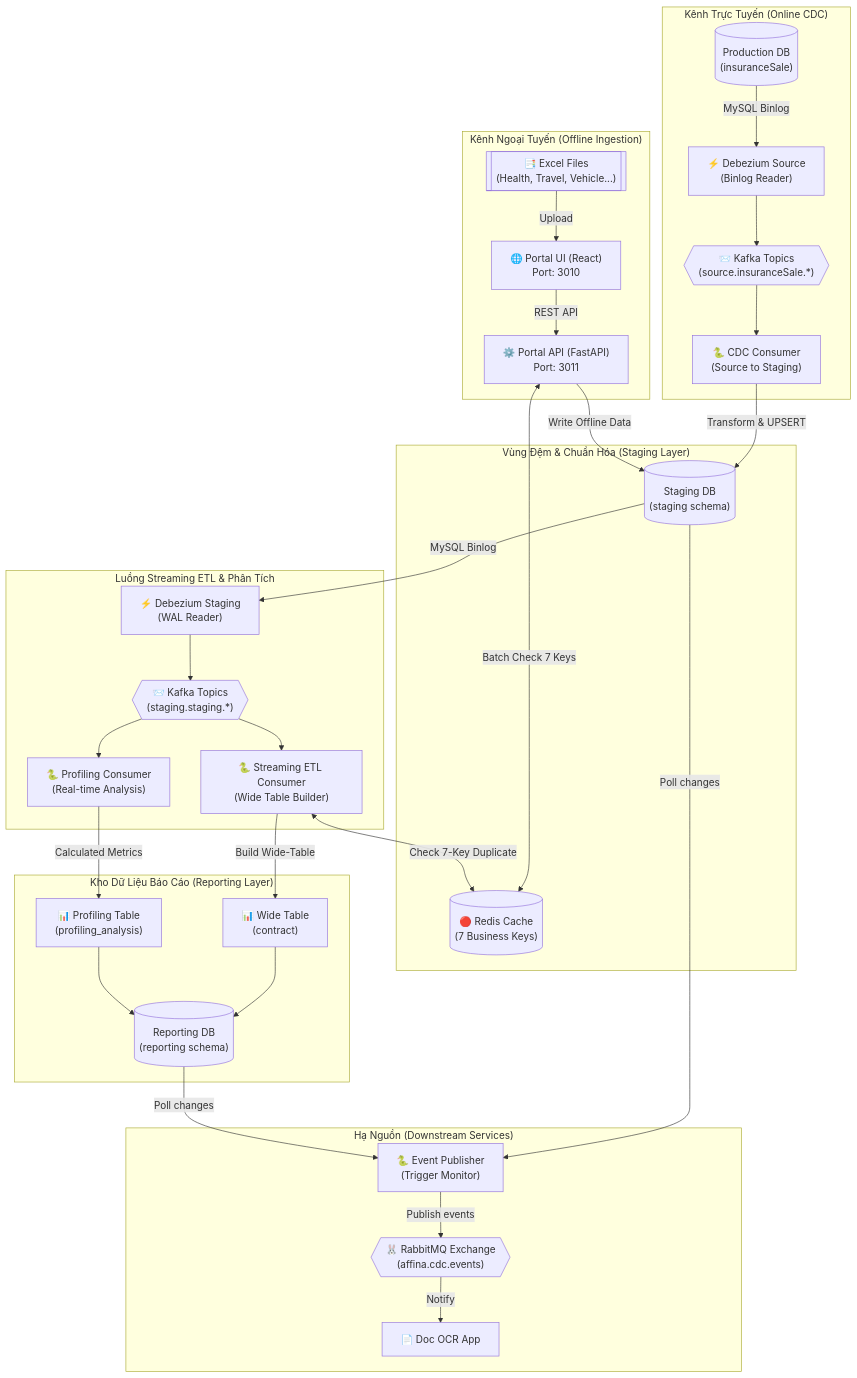
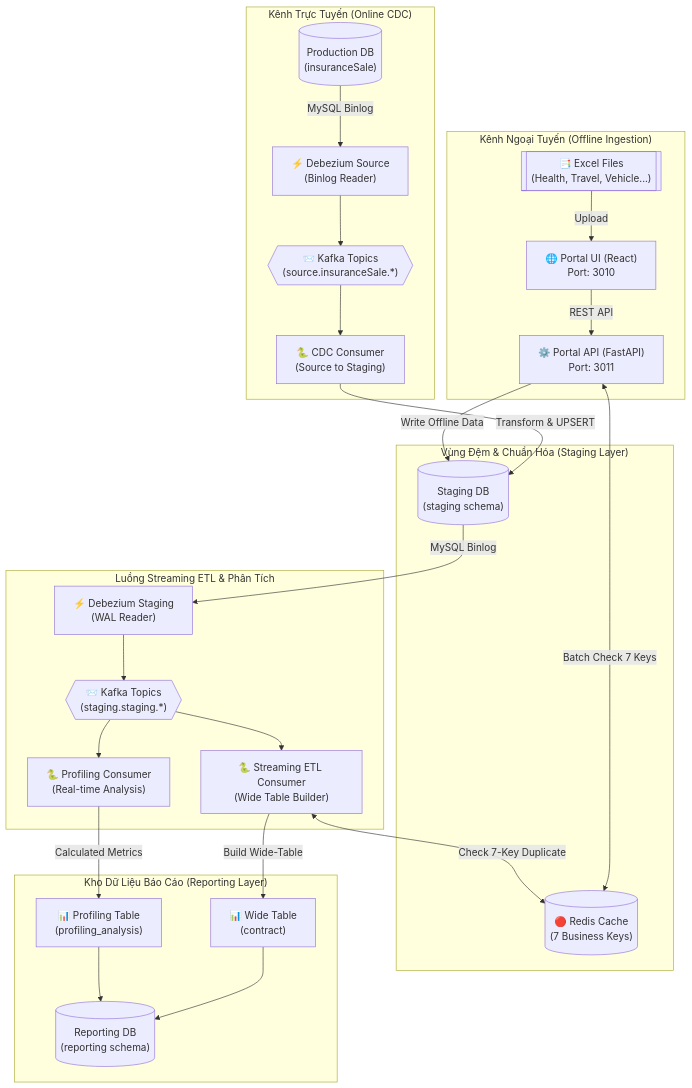
One commit to phatle224/hybrid-data-ingestion-streaming-platform changed the diagram in README.md. Above: the diagram before and after it, drawn with Mermaid. The commit also changed other lines of this file and 54 other files, not shown here.

````diff
--- a/README.md
+++ b/README.md
@@ -17,70 +17,59 @@
 ```mermaid
 flowchart TB
     subgraph "Kênh Trực Tuyến (Online CDC)"
         SRC_DB[("Production DB<br/>(insuranceSale)")]
         DBZ_SRC["⚡ Debezium Source<br/>(Binlog Reader)"]
         KF_SRC{{"📨 Kafka Topics<br/>(source.insuranceSale.*)"}}
         CDC_CONS["🐍 CDC Consumer<br/>(Source to Staging)"]
     end
 
     subgraph "Kênh Ngoại Tuyến (Offline Ingestion)"
         EXCEL[["📑 Excel Files<br/>(Health, Travel, Vehicle...)"]]
         PORTAL_FE["🌐 Portal UI (React)<br/>Port: 3010"]
         PORTAL_BE["⚙️ Portal API (FastAPI)<br/>Port: 3011"]
     end
 
     subgraph "Vùng Đệm & Chuẩn Hóa (Staging Layer)"
         STG_DB[("Staging DB<br/>(staging schema)")]
         REDIS_CACHE[("🔴 Redis Cache<br/>(7 Business Keys)")]
     end
 
     subgraph "Luồng Streaming ETL & Phân Tích"
         DBZ_STG["⚡ Debezium Staging<br/>(WAL Reader)"]
         KF_STG{{"📨 Kafka Topics<br/>(staging.staging.*)"}}
         ETL_CONS["🐍 Streaming ETL Consumer<br/>(Wide Table Builder)"]
         PROF_CONS["🐍 Profiling Consumer<br/>(Real-time Analysis)"]
     end
 
     subgraph "Kho Dữ Liệu Báo Cáo (Reporting Layer)"
         RPT_DB[("Reporting DB<br/>(reporting schema)")]
         WIDE_TAB["📊 Wide Table<br/>(contract)"]
         PROF_TAB["📊 Profiling Table<br/>(profiling_analysis)"]
     end
 
-    subgraph "Hạ Nguồn (Downstream Services)"
-        EVT_PUB["🐍 Event Publisher<br/>(Trigger Monitor)"]
-        RMQ{{"🐰 RabbitMQ Exchange<br/>(affina.cdc.events)"}}
-        OCR_APP["📄 Doc OCR App"]
-    end
-
     %% Kênh Online
     SRC_DB -->|MySQL Binlog| DBZ_SRC
     DBZ_SRC --> KF_SRC
     KF_SRC --> CDC_CONS
     CDC_CONS -->|Transform & UPSERT| STG_DB
 
     %% Kênh Offline
     EXCEL -->|Upload| PORTAL_FE
     PORTAL_FE -->|REST API| PORTAL_BE
     PORTAL_BE <-->|Batch Check 7 Keys| REDIS_CACHE
     PORTAL_BE -->|Write Offline Data| STG_DB
 
     %% Phân tách Staging & Reporting
     STG_DB -->|MySQL Binlog| DBZ_STG
     DBZ_STG --> KF_STG
     
     KF_STG --> ETL_CONS
     KF_STG --> PROF_CONS
 
     ETL_CONS <-->|Check 7-Key Duplicate| REDIS_CACHE
     ETL_CONS -->|Build Wide-Table| WIDE_TAB
     PROF_CONS -->|Calculated Metrics| PROF_TAB
     
     WIDE_TAB --> RPT_DB
     PROF_TAB --> RPT_DB
-
-    %% Event Publisher
-    STG_DB & RPT_DB -->|Poll changes| EVT_PUB
-    EVT_PUB -->|Publish events| RMQ
-    RMQ -->|Notify| OCR_APP
 ```
````
